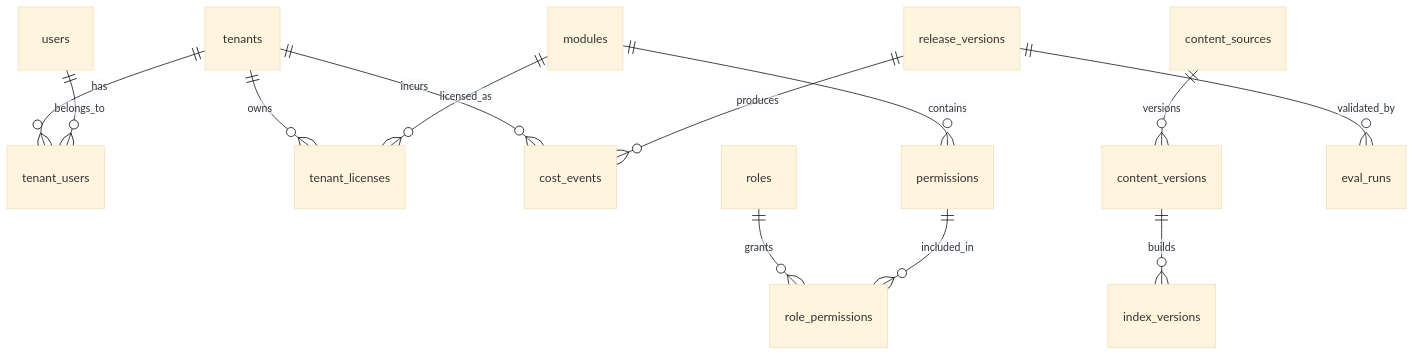
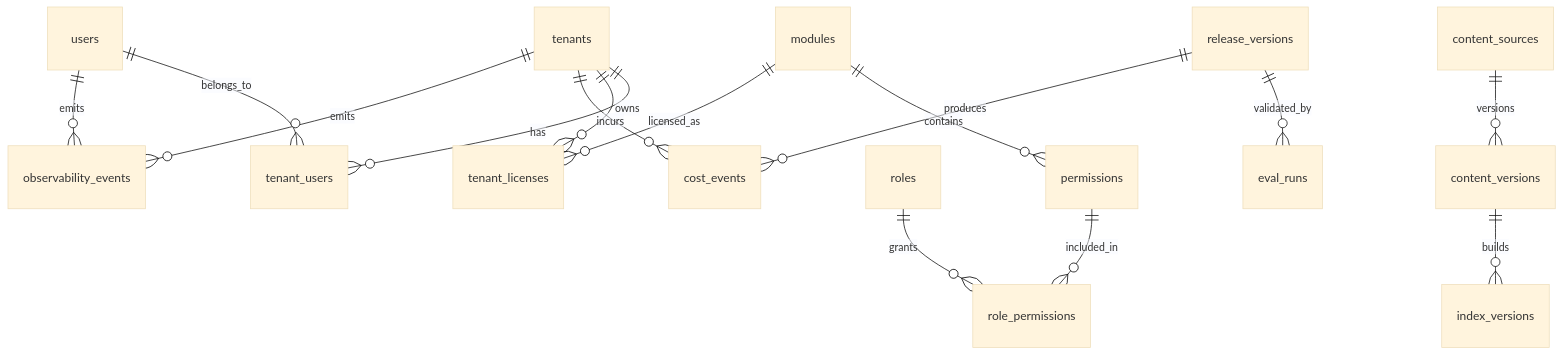
The diagram in docs/architecture/platform-metadata-schema-v1.md (JayakeshavBhumireddy/aegis-rag-platform), drawn with Mermaid (base theme) before and after one commit. The commit also changed other lines of this file and 137 other files, not shown here.

````diff
--- a/docs/architecture/platform-metadata-schema-v1.md
+++ b/docs/architecture/platform-metadata-schema-v1.md
@@ -18,15 +19,17 @@
 ```mermaid
 erDiagram
     tenants ||--o{ tenant_users : has
     tenants ||--o{ tenant_licenses : owns
     tenants ||--o{ cost_events : incurs
+    tenants ||--o{ observability_events : emits
     users ||--o{ tenant_users : belongs_to
+    users ||--o{ observability_events : emits
     roles ||--o{ role_permissions : grants
     permissions ||--o{ role_permissions : included_in
     modules ||--o{ permissions : contains
     modules ||--o{ tenant_licenses : licensed_as
     content_sources ||--o{ content_versions : versions
     content_versions ||--o{ index_versions : builds
     release_versions ||--o{ eval_runs : validated_by
     release_versions ||--o{ cost_events : produces
 ```
````
